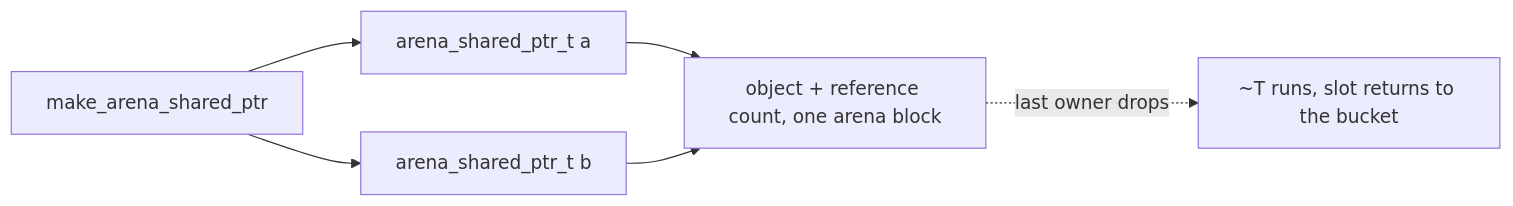
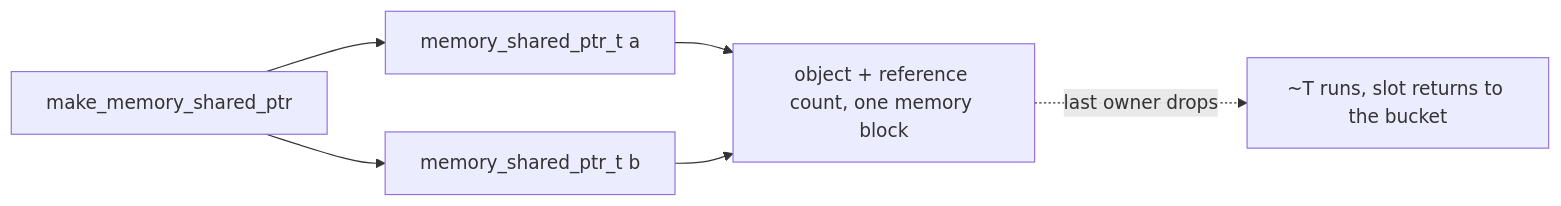
One commit to frameworkcpp/frameworkcpp changed the second of 2 diagrams in docs/memory/smart-pointers.md. Above: the diagram before and after it, drawn with Mermaid. The commit also changed other lines of this file and 56 other files, not shown here.

First line of the commit message:
refactor(memory): rename arena module to memory

````diff
--- a/docs/memory/smart-pointers.md
+++ b/docs/memory/smart-pointers.md
@@ -75,8 +75,8 @@
 ```mermaid
 flowchart LR
-    make["make_arena_shared_ptr"] --> a["arena_shared_ptr_t a"]
-    make --> b["arena_shared_ptr_t b"]
-    a --> block["object + reference count, one arena block"]
+    make["make_memory_shared_ptr"] --> a["memory_shared_ptr_t a"]
+    make --> b["memory_shared_ptr_t b"]
+    a --> block["object + reference count, one memory block"]
     b --> block
     block -.->|"last owner drops"| back["~T runs, slot returns to the bucket"]
 ```
````
